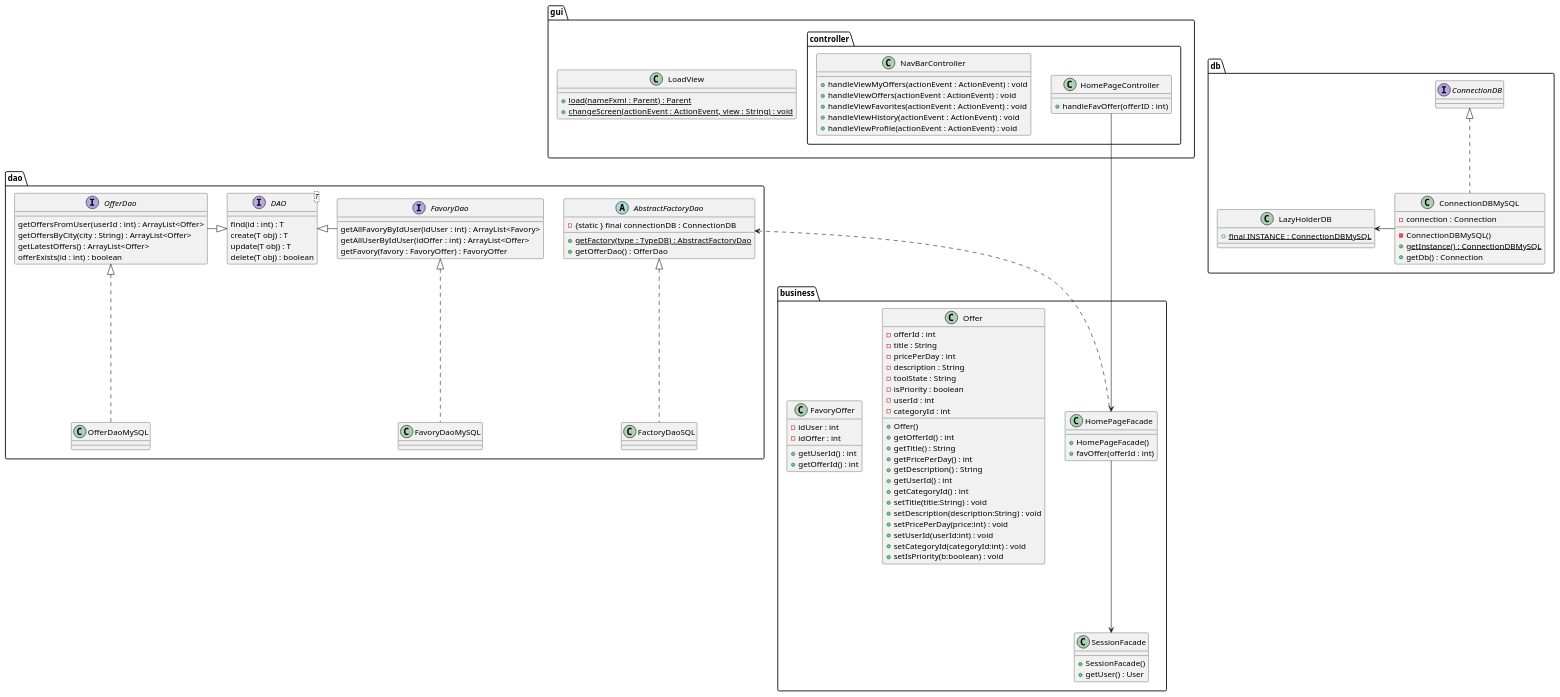
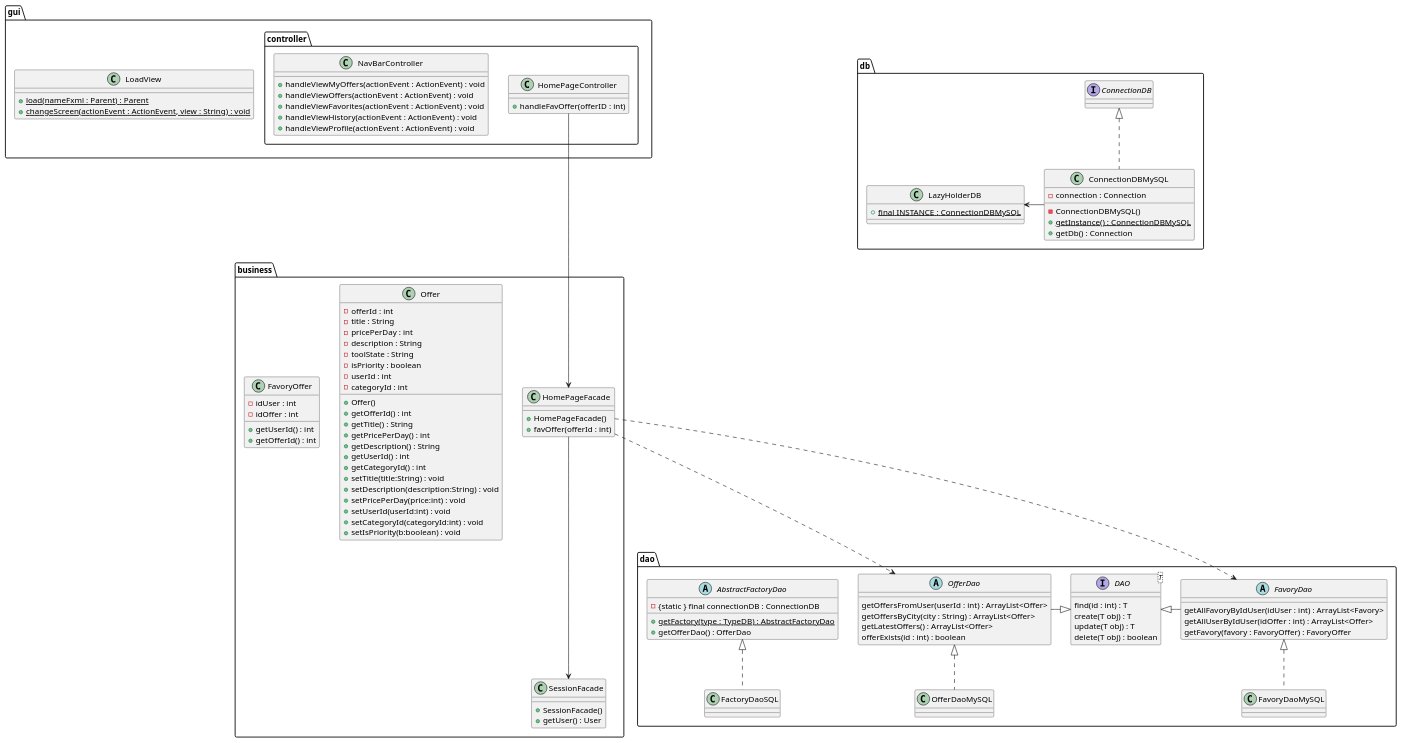
Before and after one commit to LaunoisRemy/ToolShare: the diagram in documents/diagram/homePage/homePageClass.puml, drawn with PlantUML. The commit also changed 2 other files, not shown here.

Commit message:
UML : reduce coupling facade

```diff
--- a/documents/diagram/homePage/homePageClass.puml
+++ b/documents/diagram/homePage/homePageClass.puml
@@ -1,128 +1,129 @@
 @startuml
 
 package dao {
 
 
-    interface OfferDao{
+    abstract OfferDao{
         getOffersFromUser(userId : int) : ArrayList<Offer>
         getOffersByCity(city : String) : ArrayList<Offer>
         getLatestOffers() : ArrayList<Offer>
         offerExists(id : int) : boolean
     }
     class OfferDaoMySQL
     FactoryDaoSQL .up.|> AbstractFactoryDao
     OfferDaoMySQL .up.|> OfferDao
-    interface FavoryDao{
+    abstract FavoryDao{
         getAllFavoryByIdUser(idUser : int) : ArrayList<Favory>
         getAllUserByIdUser(idOffer : int) : ArrayList<Offer>
         getFavory(favory : FavoryOffer) : FavoryOffer
     }
     class FavoryDaoMySQL
     FavoryDaoMySQL .up.|> FavoryDao
 
     interface DAO<T>{
         find(id : int) : T
         create(T obj) : T
         update(T obj) : T
         delete(T obj) : boolean
     }
 
     abstract AbstractFactoryDao{
         - {static } final connectionDB : ConnectionDB
         + {static} getFactory(type : TypeDB) : AbstractFactoryDao
         + getOfferDao() : OfferDao
     }
 
     class FactoryDaoSQL{
     }
 
 
     DAO <|-left OfferDao
     DAO <|- FavoryDao
 }
 package db{
     class ConnectionDBMySQL{
         - connection : Connection
         - ConnectionDBMySQL()
         + {static} getInstance() : ConnectionDBMySQL
         + getDb() : Connection
     }
 
     class LazyHolderDB{
         + {static} final INSTANCE : ConnectionDBMySQL
     }
     interface ConnectionDB
     ConnectionDBMySQL -Left-> LazyHolderDB
     ConnectionDBMySQL .up.|> ConnectionDB
 
 }
 package business{
     class SessionFacade{
         + SessionFacade()
         + getUser() : User
     }
 
     class Offer{
         -offerId : int
         -title : String
         -pricePerDay : int
         -description : String
         -toolState : String
         -isPriority : boolean
         -userId : int
         -categoryId : int
         + Offer()
         + getOfferId() : int
         + getTitle() : String
         + getPricePerDay() : int
         + getDescription() : String
         + getUserId() : int
         + getCategoryId() : int
         + setTitle(title:String) : void
         + setDescription(description:String) : void
         + setPricePerDay(price:int) : void
         + setUserId(userId:int) : void
         + setCategoryId(categoryId:int) : void
         + setIsPriority(b:boolean) : void
     }
 
     class FavoryOffer{
         - idUser : int
         - idOffer : int
         + getUserId() : int
         + getOfferId() : int
     }
     class HomePageFacade{
         + HomePageFacade()
         + favOffer(offerId : int)
     }
 
 }
 
 package gui{
 
     class LoadView{
         + {static} load(nameFxml : Parent) : Parent
         + {static} changeScreen(actionEvent : ActionEvent, view : String) : void
     }
 
     package controller{
         class HomePageController{
             + handleFavOffer(offerID : int)
         }
         class NavBarController{
             + handleViewMyOffers(actionEvent : ActionEvent) : void
             + handleViewOffers(actionEvent : ActionEvent) : void
             + handleViewFavorites(actionEvent : ActionEvent) : void
             + handleViewHistory(actionEvent : ActionEvent) : void
             + handleViewProfile(actionEvent : ActionEvent) : void
         }
     }
 }
 HomePageFacade <--Up- HomePageController
 SessionFacade <--Up- HomePageFacade
-HomePageFacade .Up.> AbstractFactoryDao
+HomePageFacade ..> FavoryDao
+HomePageFacade ..> OfferDao
 
 
 
 @enduml
```
